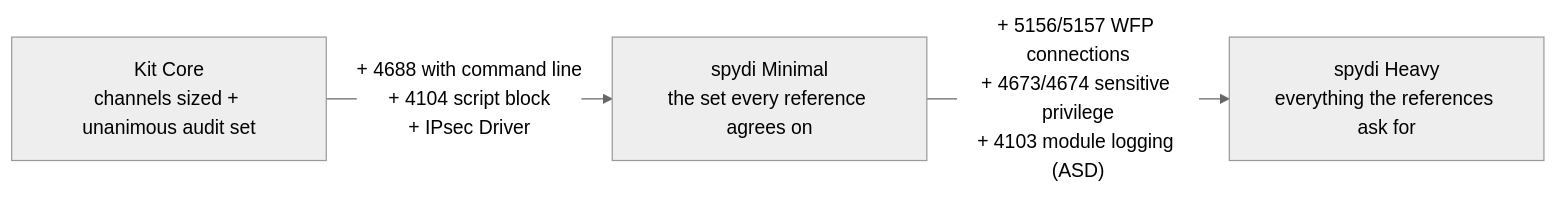
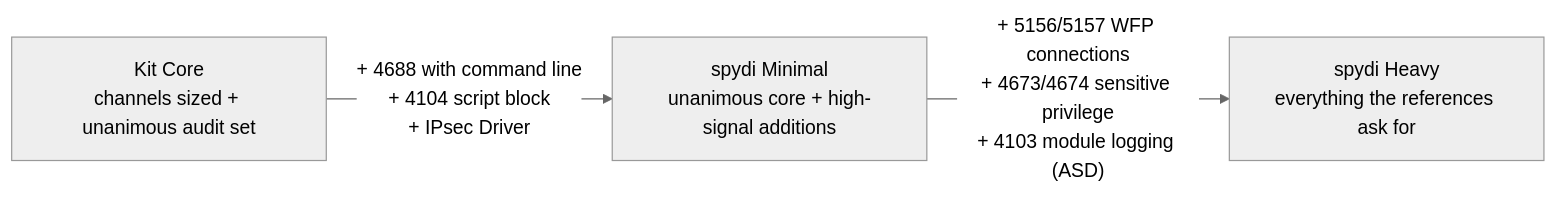
Before and after one commit to spydisec/WinLogKit: the diagram in docs/baselines.md, drawn with Mermaid (neutral theme). The commit also changed other lines of this file and 1 other file, not shown here.

````diff
--- a/docs/baselines.md
+++ b/docs/baselines.md
@@ -128,8 +128,8 @@
 ```mermaid
 flowchart LR
     CORE["Kit Core<br/>channels sized + unanimous audit set"]
-    MIN["spydi Minimal<br/>the set every reference agrees on"]
+    MIN["spydi Minimal<br/>unanimous core + high-signal additions"]
     HVY["spydi Heavy<br/>everything the references ask for"]
     CORE -->|"+ 4688 with command line<br/>+ 4104 script block<br/>+ IPsec Driver"| MIN
     MIN -->|"+ 5156/5157 WFP connections<br/>+ 4673/4674 sensitive privilege<br/>+ 4103 module logging (ASD)"| HVY
 ```
````
